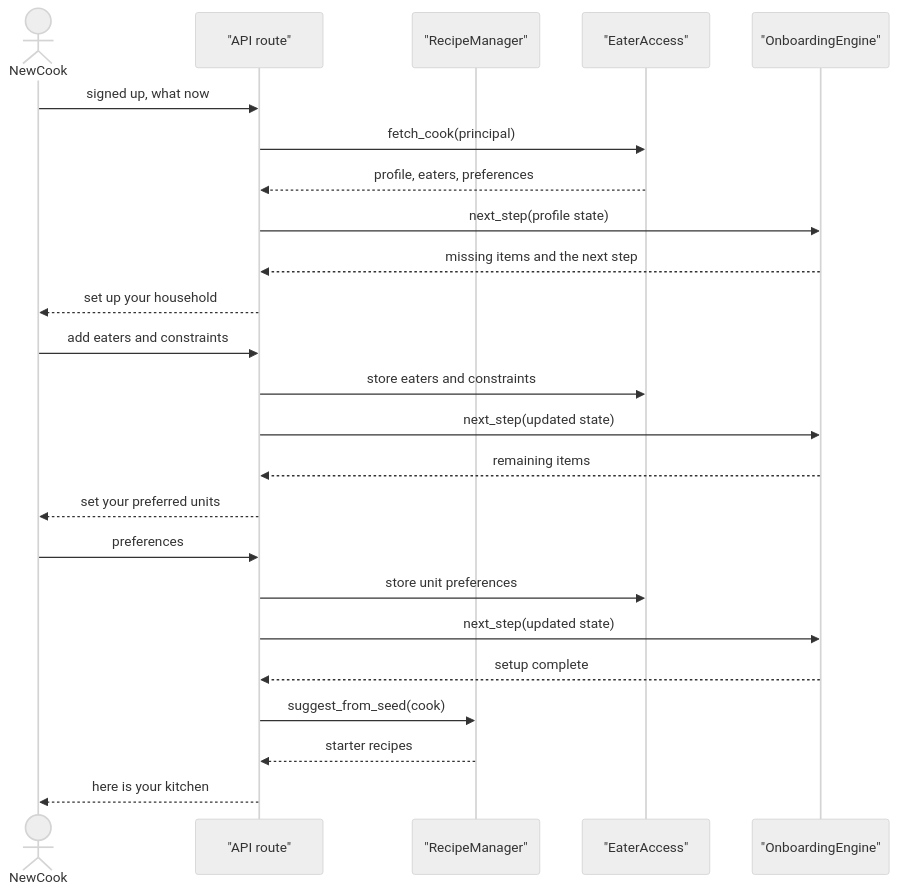
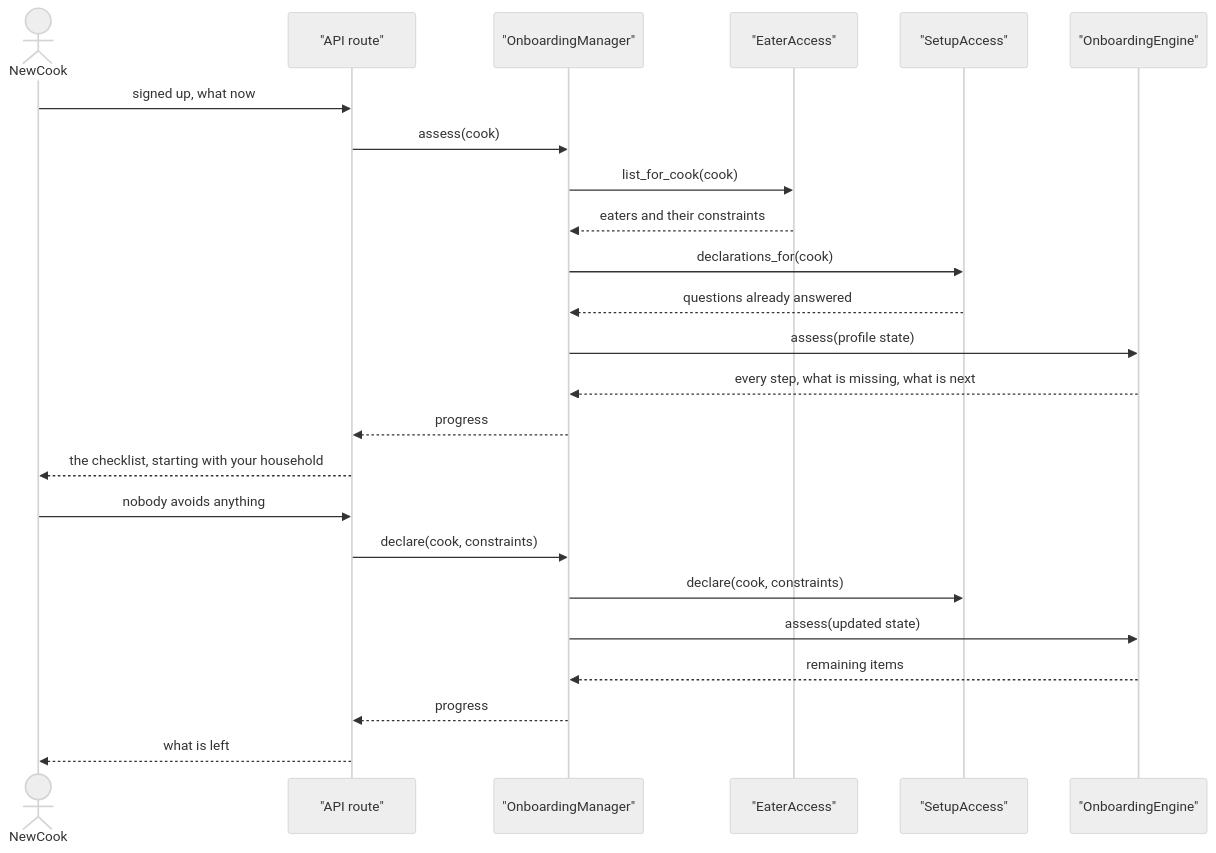
Before and after one commit to h3ll5ur7er/quookly: the ninth of 9 diagrams in doc/05-use-case-flows.md, drawn with Mermaid (neutral theme). The commit also changed other lines of this file and 19 other files, not shown here.

````diff
--- a/doc/05-use-case-flows.md
+++ b/doc/05-use-case-flows.md
@@ -337,27 +337,27 @@
 ```mermaid
 sequenceDiagram
   actor NewCook
   participant API as "API route"
-  participant RM as "RecipeManager"
+  participant OBM as "OnboardingManager"
   participant EAT as "EaterAccess"
+  participant SET as "SetupAccess"
   participant OBE as "OnboardingEngine"
 
   NewCook->>API: signed up, what now
-  API->>EAT: fetch_cook(principal)
-  EAT-->>API: profile, eaters, preferences
-  API->>OBE: next_step(profile state)
-  OBE-->>API: missing items and the next step
-  API-->>NewCook: set up your household
-  NewCook->>API: add eaters and constraints
-  API->>EAT: store eaters and constraints
-  API->>OBE: next_step(updated state)
-  OBE-->>API: remaining items
-  API-->>NewCook: set your preferred units
-  NewCook->>API: preferences
-  API->>EAT: store unit preferences
-  API->>OBE: next_step(updated state)
-  OBE-->>API: setup complete
-  API->>RM: suggest_from_seed(cook)
-  RM-->>API: starter recipes
-  API-->>NewCook: here is your kitchen
+  API->>OBM: assess(cook)
+  OBM->>EAT: list_for_cook(cook)
+  EAT-->>OBM: eaters and their constraints
+  OBM->>SET: declarations_for(cook)
+  SET-->>OBM: questions already answered
+  OBM->>OBE: assess(profile state)
+  OBE-->>OBM: every step, what is missing, what is next
+  OBM-->>API: progress
+  API-->>NewCook: the checklist, starting with your household
+  NewCook->>API: nobody avoids anything
+  API->>OBM: declare(cook, constraints)
+  OBM->>SET: declare(cook, constraints)
+  OBM->>OBE: assess(updated state)
+  OBE-->>OBM: remaining items
+  OBM-->>API: progress
+  API-->>NewCook: what is left
 ```
````
